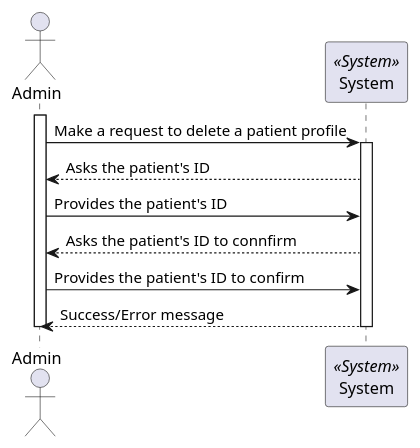
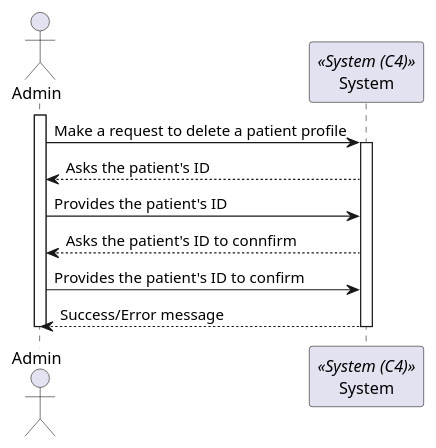
The diagram in docs/Sprint_1/US_5.1.10/L1/Process_View.puml (Rodrick0209/ISEP-SEM5PI-24-25), drawn with PlantUML before and after one commit. The commit also changed 1 other file, not shown here.

Commit message:
US 5.1.10 Design fixed (Fixed Level 1 Process View diagram) #11

```diff
--- a/docs/Sprint_1/US_5.1.10/L1/Process_View.puml
+++ b/docs/Sprint_1/US_5.1.10/L1/Process_View.puml
@@ -2,17 +2,17 @@
 @startuml Process_View
 actor Admin 
-participant System <<System>>
+participant System <<System (C4)>>
 
 activate Admin
 
 Admin -> System: Make a request to delete a patient profile
 activate System
 System --> Admin : Asks the patient's ID
 Admin -> System: Provides the patient's ID
 System --> Admin : Asks the patient's ID to connfirm
 Admin -> System: Provides the patient's ID to confirm
 System --> Admin : Success/Error message
 deactivate System
 deactivate Admin
 
 @enduml
```
